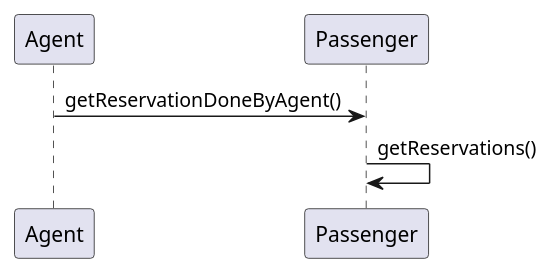
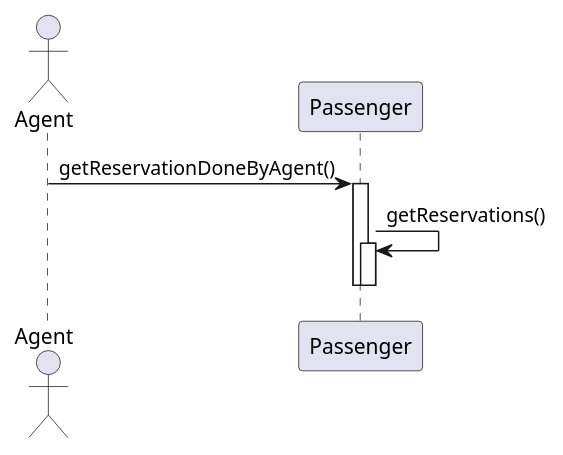
Before and after one commit to AlperenElbasan/FlightReservationSystem: the diagram in Diagrams/Sequence/Agent/4_view_reservations.puml, drawn with PlantUML. The commit also changed 5 other files, not shown here.

```diff
--- a/Diagrams/Sequence/Agent/4_view_reservations.puml
+++ b/Diagrams/Sequence/Agent/4_view_reservations.puml
@@ -1,4 +1,11 @@
-@startuml
+@startuml ViewReservations
+Actor Agent
+
 Agent -> Passenger: getReservationDoneByAgent()
+activate Passenger
 Passenger -> Passenger: getReservations()
+activate Passenger
+deactivate
+deactivate
+
 @enduml
```
